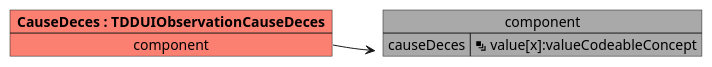
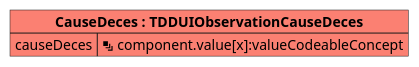
The diagram in input/images-source/mapping_TDDUIObservationCauseMortalite.plantuml (ansforge/IG-fhir-medicosocial-transfert-donnees-dui), drawn with PlantUML before and after one commit. The commit also changed 11 other files, not shown here.

```diff
--- a/input/images-source/mapping_TDDUIObservationCauseMortalite.plantuml
+++ b/input/images-source/mapping_TDDUIObservationCauseMortalite.plantuml
@@ -1,12 +1,7 @@
 @startuml
 
-map "component" as component #DarkGray {
-    causeDeces => <&layers> value[x]:valueCodeableConcept
+map "**CauseDeces : TDDUIObservationCauseDeces**" as CauseDeces #fb8072 {
+    causeDeces => <&layers> component.value[x]:valueCodeableConcept
 }
 
-map "**CauseDeces : TDDUIObservationCauseDeces**" as CauseDeces #fb8072 {
-    component *-> component
-}
-
-
 @enduml
```
